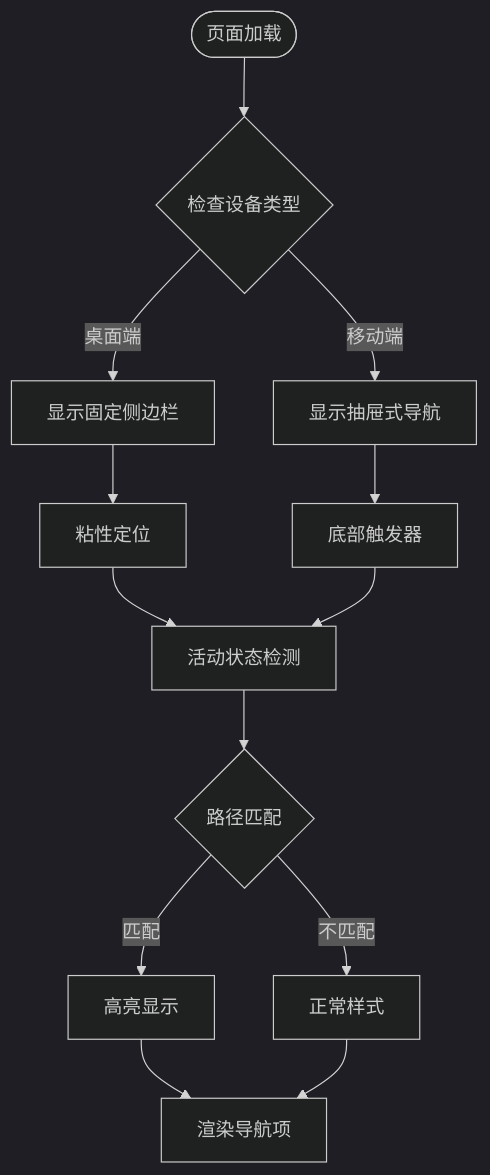
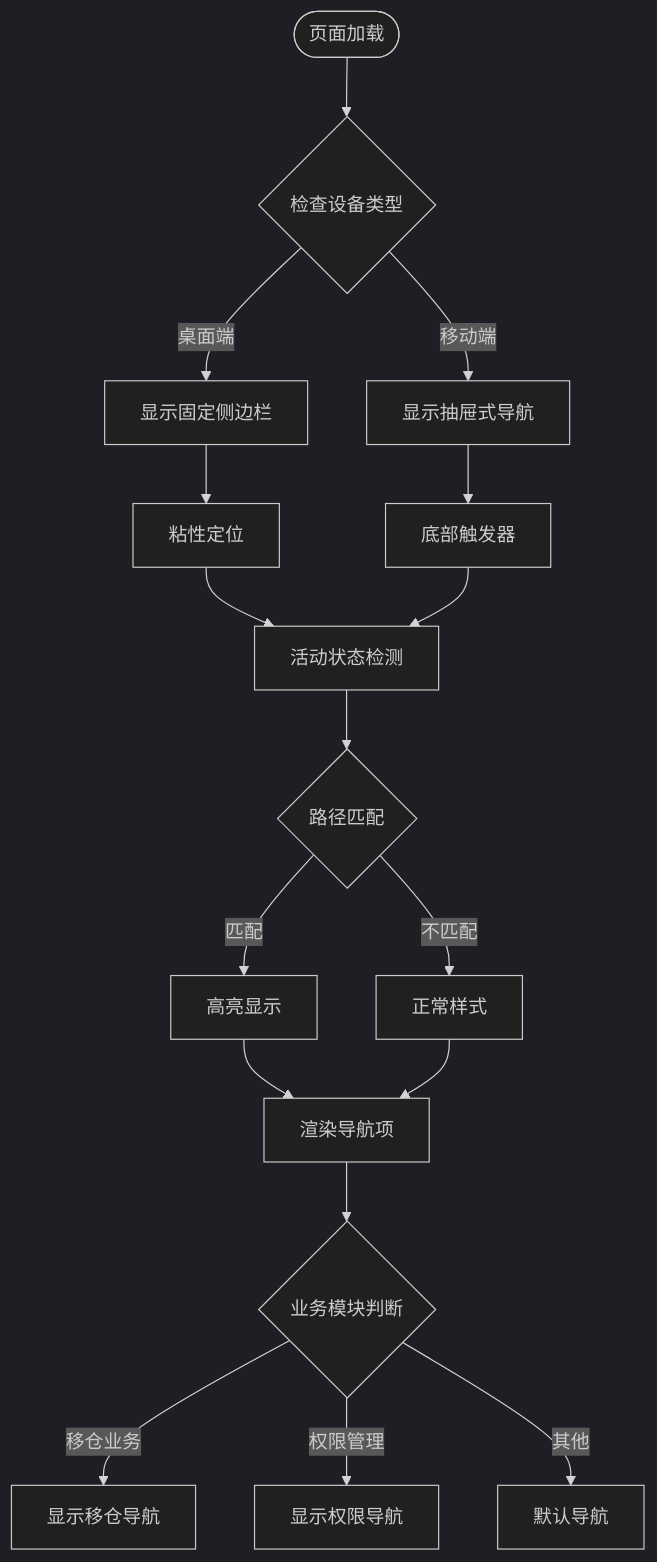
One commit to chinak/permission_apply changed the sixth of 13 diagrams in .qoder/repowiki/zh/content/路由和导航系统/路由和导航系统.md. Above: the diagram before and after it, drawn with Mermaid (dark theme). The commit also changed other lines of this file and 94 other files, not shown here.

````diff
--- a/.qoder/repowiki/zh/content/路由和导航系统/路由和导航系统.md
+++ b/.qoder/repowiki/zh/content/路由和导航系统/路由和导航系统.md
@@ -196,15 +252,19 @@
 ```mermaid
 flowchart TD
 Start([页面加载]) --> CheckDevice{检查设备类型}
 CheckDevice --> |桌面端| Desktop[显示固定侧边栏]
 CheckDevice --> |移动端| Mobile[显示抽屉式导航]
 Desktop --> StickyPosition[粘性定位]
 Mobile --> SheetTrigger[底部触发器]
 StickyPosition --> ActiveState[活动状态检测]
 SheetTrigger --> ActiveState
 ActiveState --> PathMatch{路径匹配}
 PathMatch --> |匹配| Highlight[高亮显示]
 PathMatch --> |不匹配| Normal[正常样式]
 Highlight --> Render[渲染导航项]
 Normal --> Render
+Render --> BusinessModule{业务模块判断}
+BusinessModule --> |移仓业务| WH_Nav[显示移仓导航]
+BusinessModule --> |权限管理| PM_Nav[显示权限导航]
+BusinessModule --> |其他| Default_Nav[默认导航]
 ```
````
